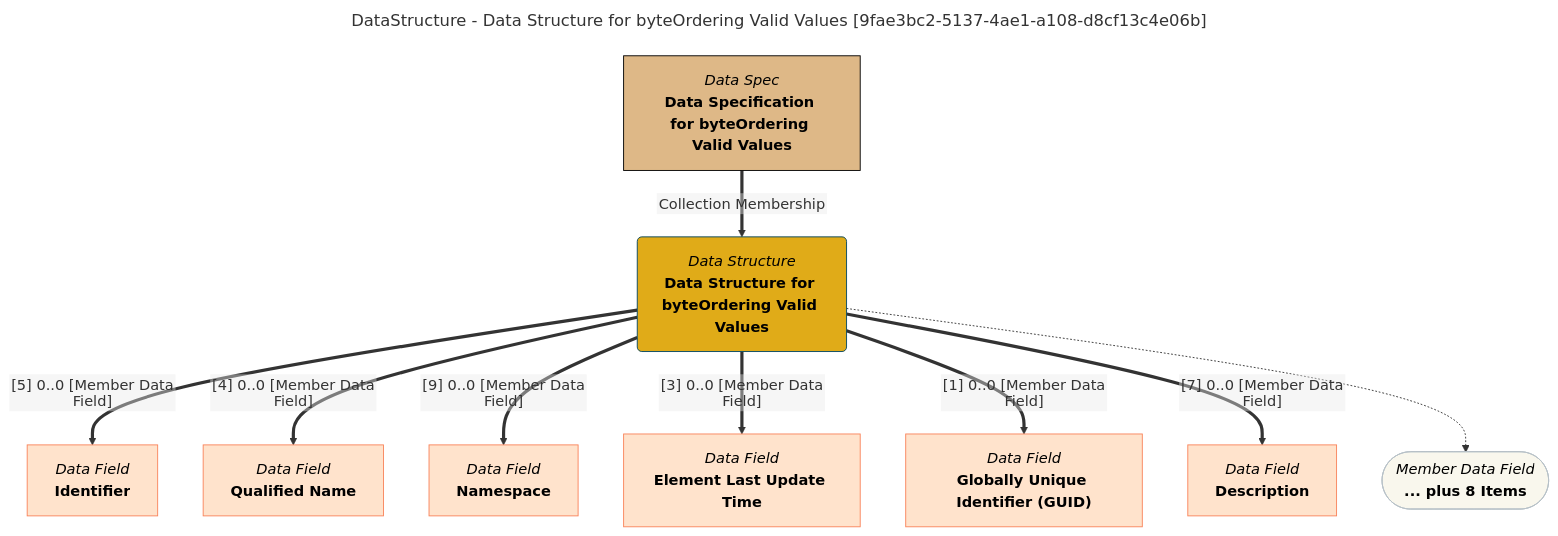
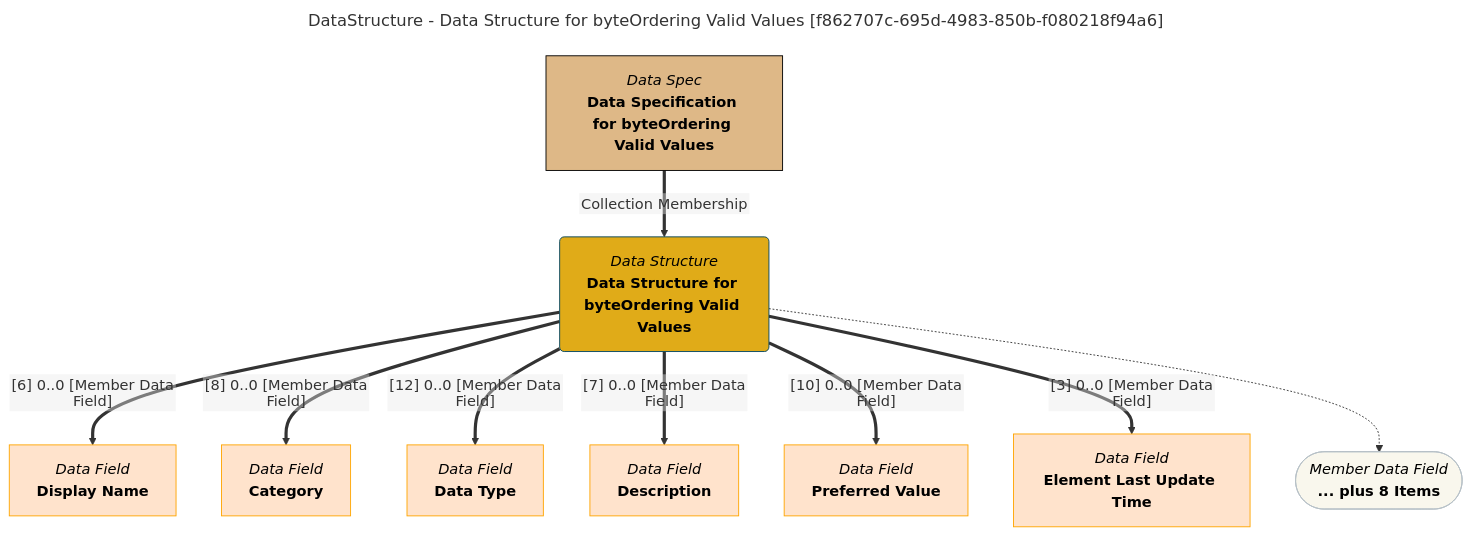
Before and after one commit to odpi/egeria-docs: the diagram in site/snippets/data-structures/data-structure-for-byteordering-valid-values-mermaid-graph.md, drawn with Mermaid. The commit also changed 2201 other files, not shown here.

````diff
--- a/site/snippets/data-structures/data-structure-for-byteordering-valid-values-mermaid-graph.md
+++ b/site/snippets/data-structures/data-structure-for-byteordering-valid-values-mermaid-graph.md
@@ -1,43 +1,43 @@
 ```mermaid
 ---
-title: DataStructure - Data Structure for byteOrdering Valid Values [9fae3bc2-5137-4ae1-a108-d8cf13c4e06b]
+title: DataStructure - Data Structure for byteOrdering Valid Values [f862707c-695d-4983-850b-f080218f94a6]
 ---
 flowchart TD
 %%{init: {"flowchart": {"htmlLabels": false}} }%%
 
 1@{ shape: rounded, label: "*Data Structure*
 **Data Structure for byteOrdering Valid Values**"}
 2@{ shape: rect, label: "*Data Spec*
 **Data Specification for byteOrdering Valid Values**"}
 2==>|"Collection Membership"|1
 3@{ shape: rect, label: "*Data Field*
-**Identifier**"}
-1==>|"[5] 0..0 [Member Data Field]"|3
+**Display Name**"}
+1==>|"[6] 0..0 [Member Data Field]"|3
 4@{ shape: rect, label: "*Data Field*
-**Qualified Name**"}
-1==>|"[4] 0..0 [Member Data Field]"|4
+**Category**"}
+1==>|"[8] 0..0 [Member Data Field]"|4
 5@{ shape: rect, label: "*Data Field*
-**Namespace**"}
-1==>|"[9] 0..0 [Member Data Field]"|5
+**Data Type**"}
+1==>|"[12] 0..0 [Member Data Field]"|5
 6@{ shape: rect, label: "*Data Field*
+**Description**"}
+1==>|"[7] 0..0 [Member Data Field]"|6
+7@{ shape: rect, label: "*Data Field*
+**Preferred Value**"}
+1==>|"[10] 0..0 [Member Data Field]"|7
+8@{ shape: rect, label: "*Data Field*
 **Element Last Update Time**"}
-1==>|"[3] 0..0 [Member Data Field]"|6
-7@{ shape: rect, label: "*Data Field*
-**Globally Unique Identifier (GUID)**"}
-1==>|"[1] 0..0 [Member Data Field]"|7
-8@{ shape: rect, label: "*Data Field*
-**Description**"}
-1==>|"[7] 0..0 [Member Data Field]"|8
+1==>|"[3] 0..0 [Member Data Field]"|8
 9@{ shape: stadium, label: "*Member Data Field*
 **... plus 8 Items**"}
 1-.->9
 style 1 color:#000000, fill:#e0ab18, stroke:#004563
-style 2 color:#000000, fill:#deb887, stroke:#000000
-style 3 color:#000000, fill:#ffe3cc, stroke:#f9845b
-style 4 color:#000000, fill:#ffe3cc, stroke:#f9845b
-style 5 color:#000000, fill:#ffe3cc, stroke:#f9845b
-style 6 color:#000000, fill:#ffe3cc, stroke:#f9845b
-style 7 color:#000000, fill:#ffe3cc, stroke:#f9845b
-style 8 color:#000000, fill:#ffe3cc, stroke:#f9845b
+style 2 color:#000000, fill:#DEB887, stroke:#000000
+style 3 color:#000000, fill:#ffe3cc, stroke:#FFA500
+style 4 color:#000000, fill:#ffe3cc, stroke:#FFA500
+style 5 color:#000000, fill:#ffe3cc, stroke:#FFA500
+style 6 color:#000000, fill:#ffe3cc, stroke:#FFA500
+style 7 color:#000000, fill:#ffe3cc, stroke:#FFA500
+style 8 color:#000000, fill:#ffe3cc, stroke:#FFA500
 style 9 color:#000000, fill:#F9F7ED, stroke:#b7c0c7
 ```
````
